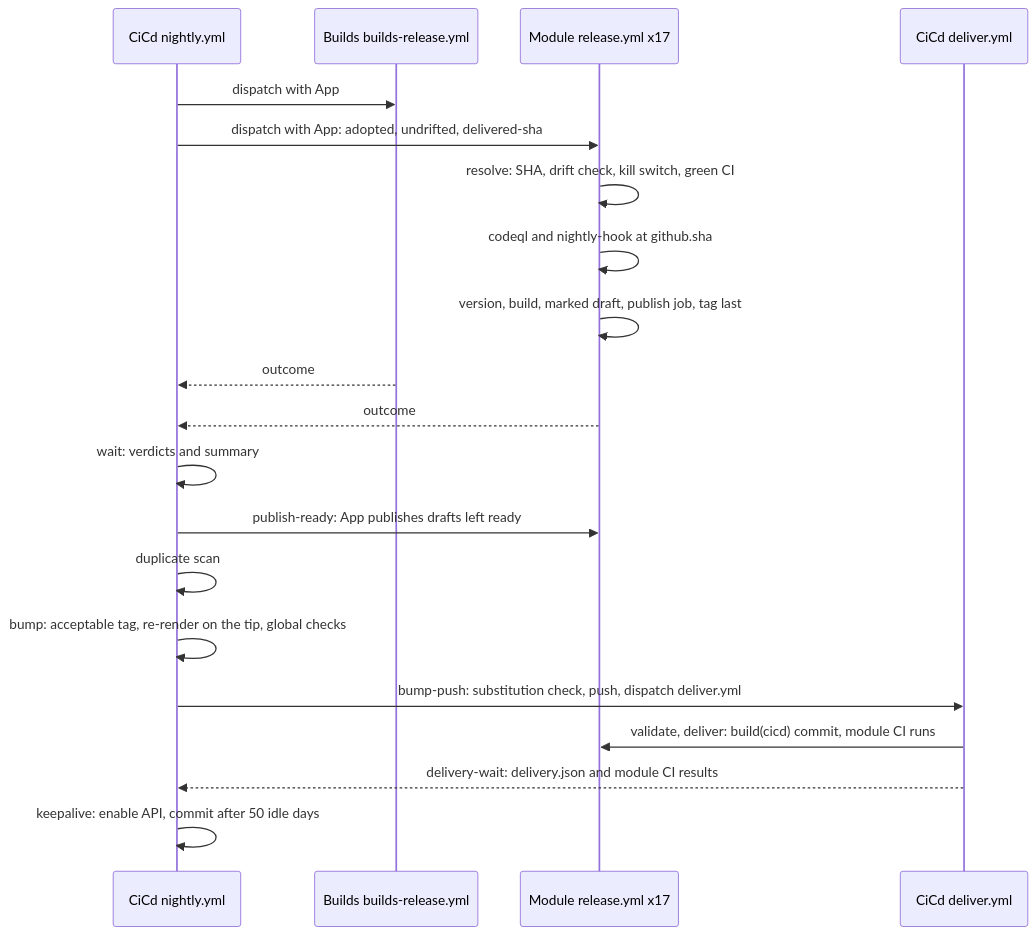
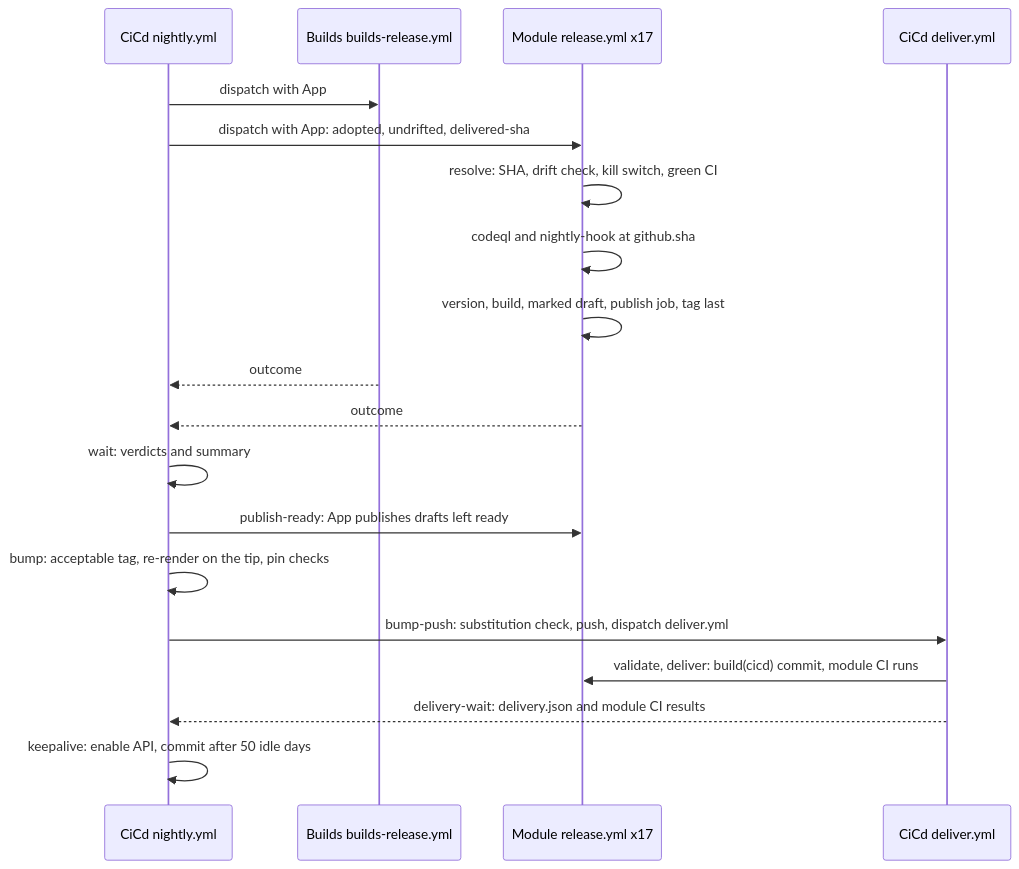
Before and after one commit to Hexalith/Hexalith.CiCd: the second of 3 diagrams in _bmad-output/planning-artifacts/architecture/architecture-cicd-2026-11-07/ARCHITECTURE-SPINE.md, drawn with Mermaid. The commit also changed other lines of this file and 8 other files, not shown here.

````diff
--- a/_bmad-output/planning-artifacts/architecture/architecture-cicd-2026-11-07/ARCHITECTURE-SPINE.md
+++ b/_bmad-output/planning-artifacts/architecture/architecture-cicd-2026-11-07/ARCHITECTURE-SPINE.md
@@ -482,22 +483,21 @@
 ```mermaid
 sequenceDiagram
   participant N as CiCd nightly.yml
   participant B as Builds builds-release.yml
   participant M as Module release.yml x17
   participant D as CiCd deliver.yml
   N->>B: dispatch with App
   N->>M: dispatch with App: adopted, undrifted, delivered-sha
   M->>M: resolve: SHA, drift check, kill switch, green CI
   M->>M: codeql and nightly-hook at github.sha
   M->>M: version, build, marked draft, publish job, tag last
   B-->>N: outcome
   M-->>N: outcome
   N->>N: wait: verdicts and summary
   N->>M: publish-ready: App publishes drafts left ready
-  N->>N: duplicate scan
-  N->>N: bump: acceptable tag, re-render on the tip, global checks
+  N->>N: bump: acceptable tag, re-render on the tip, pin checks
   N->>D: bump-push: substitution check, push, dispatch deliver.yml
   D->>M: validate, deliver: build(cicd) commit, module CI runs
   D-->>N: delivery-wait: delivery.json and module CI results
   N->>N: keepalive: enable API, commit after 50 idle days
 ```
````
